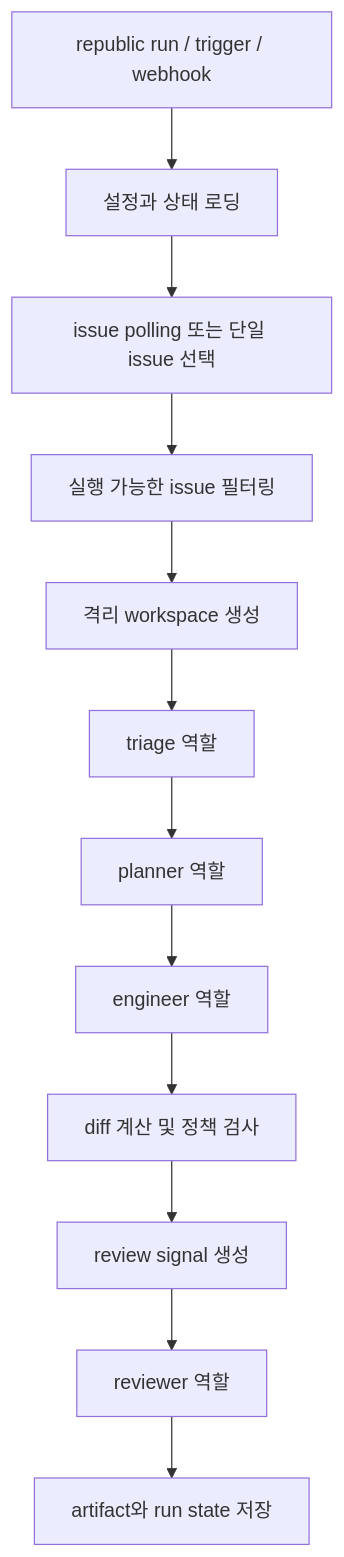
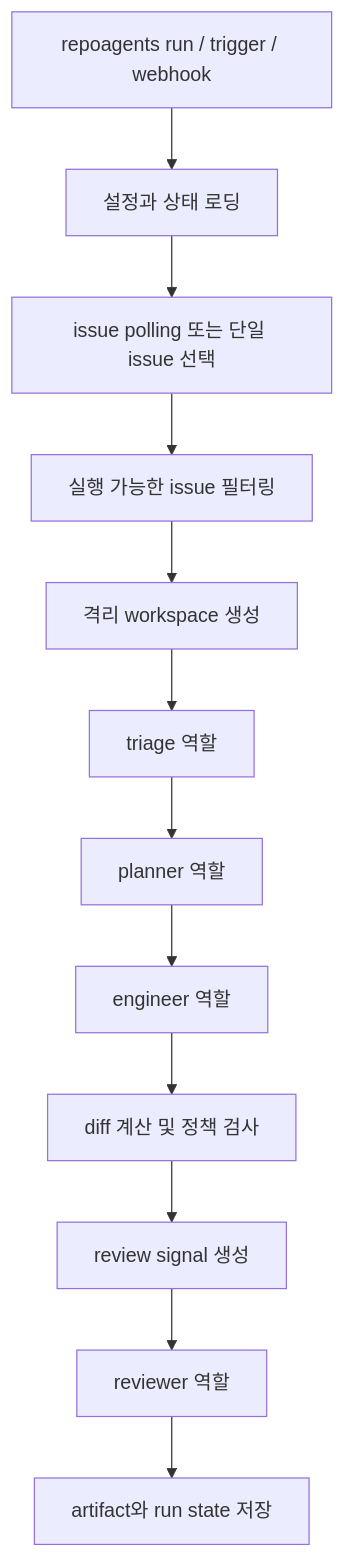
The diagram in docs/architecture.ko.md (lhy0718/RepoAgents), drawn with Mermaid before and after one commit. The commit also changed other lines of this file and 295 other files, not shown here.

````diff
--- a/docs/architecture.ko.md
+++ b/docs/architecture.ko.md
@@ -50,14 +50,14 @@
 ```mermaid
 flowchart TD
-    A["republic run / trigger / webhook"] --> B["설정과 상태 로딩"]
+    A["repoagents run / trigger / webhook"] --> B["설정과 상태 로딩"]
     B --> C["issue polling 또는 단일 issue 선택"]
     C --> D["실행 가능한 issue 필터링"]
     D --> E["격리 workspace 생성"]
     E --> F["triage 역할"]
     F --> G["planner 역할"]
     G --> H["engineer 역할"]
     H --> I["diff 계산 및 정책 검사"]
     I --> J["review signal 생성"]
     J --> K["reviewer 역할"]
     K --> L["artifact와 run state 저장"]
 ```
````
